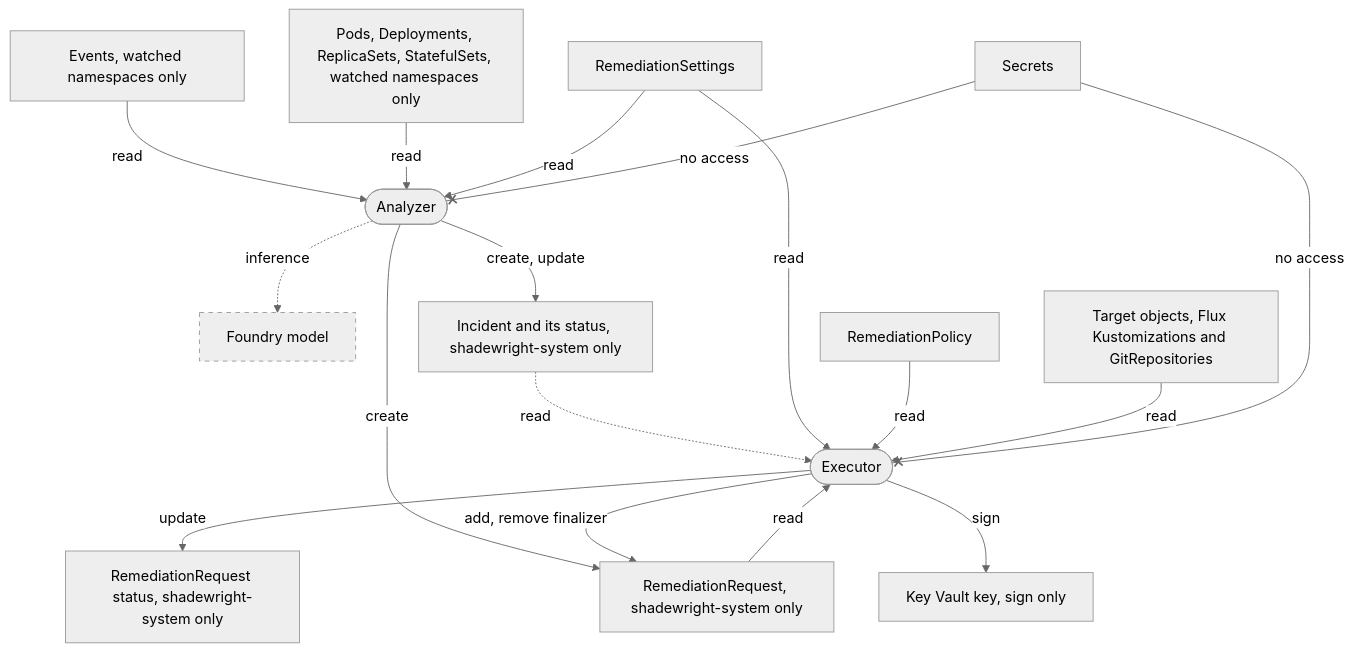
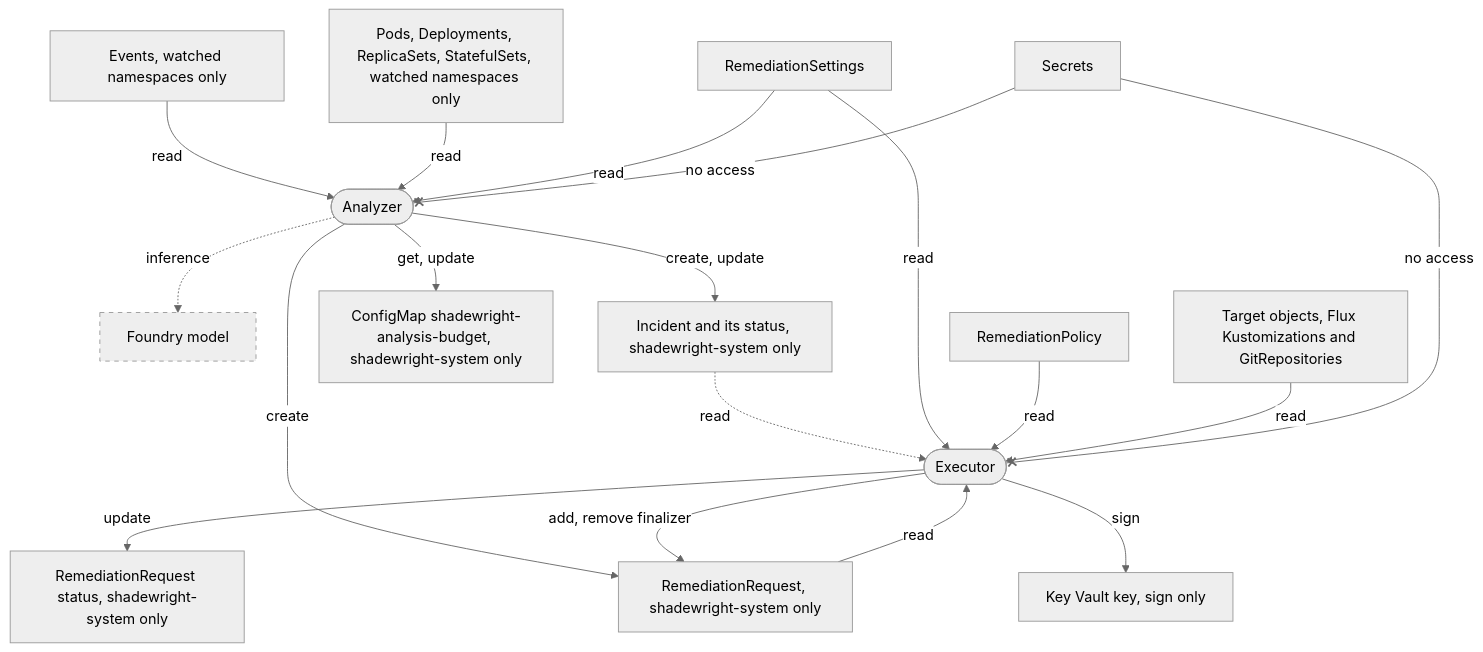
Before and after one commit to pkalin/shadewright: the fifth of 5 diagrams in docs/design.md, drawn with Mermaid (neutral theme). The commit also changed other lines of this file and 29 other files, not shown here.

First line of the commit message:
feat(analyzer): mark Incidents due for analysis and keep the daily budget in its own ConfigMap (#201)

````diff
--- a/docs/design.md
+++ b/docs/design.md
@@ -602,34 +620,36 @@
 ```mermaid
 flowchart TB
     ev["Events, watched namespaces only"]
     wl["Pods, Deployments, ReplicaSets, StatefulSets, watched namespaces only"]
     an([Analyzer])
     fm[Foundry model]
     inc["Incident and its status, shadewright-system only"]
     rr["RemediationRequest, shadewright-system only"]
     set[RemediationSettings]
+    budget["ConfigMap shadewright-analysis-budget, shadewright-system only"]
     pol[RemediationPolicy]
     tgt[Target objects, Flux Kustomizations and GitRepositories]
     ex([Executor])
     rrs["RemediationRequest status, shadewright-system only"]
     kv[Key Vault key, sign only]
     sec[Secrets]
     ev -- read --> an
     wl -- read --> an
     set -- read --> an
+    an -- get, update --> budget
     an -. inference .-> fm
     an -- create, update --> inc
     an -- create --> rr
     inc -. read .-> ex
     rr -- read --> ex
     set -- read --> ex
     pol -- read --> ex
     tgt -- read --> ex
     ex -- update --> rrs
     ex -- add, remove finalizer --> rr
     ex -- sign --> kv
     sec -- no access --x an
     sec -- no access --x ex
     classDef planned stroke-dasharray: 5 5
     class fm planned
 ```
````
